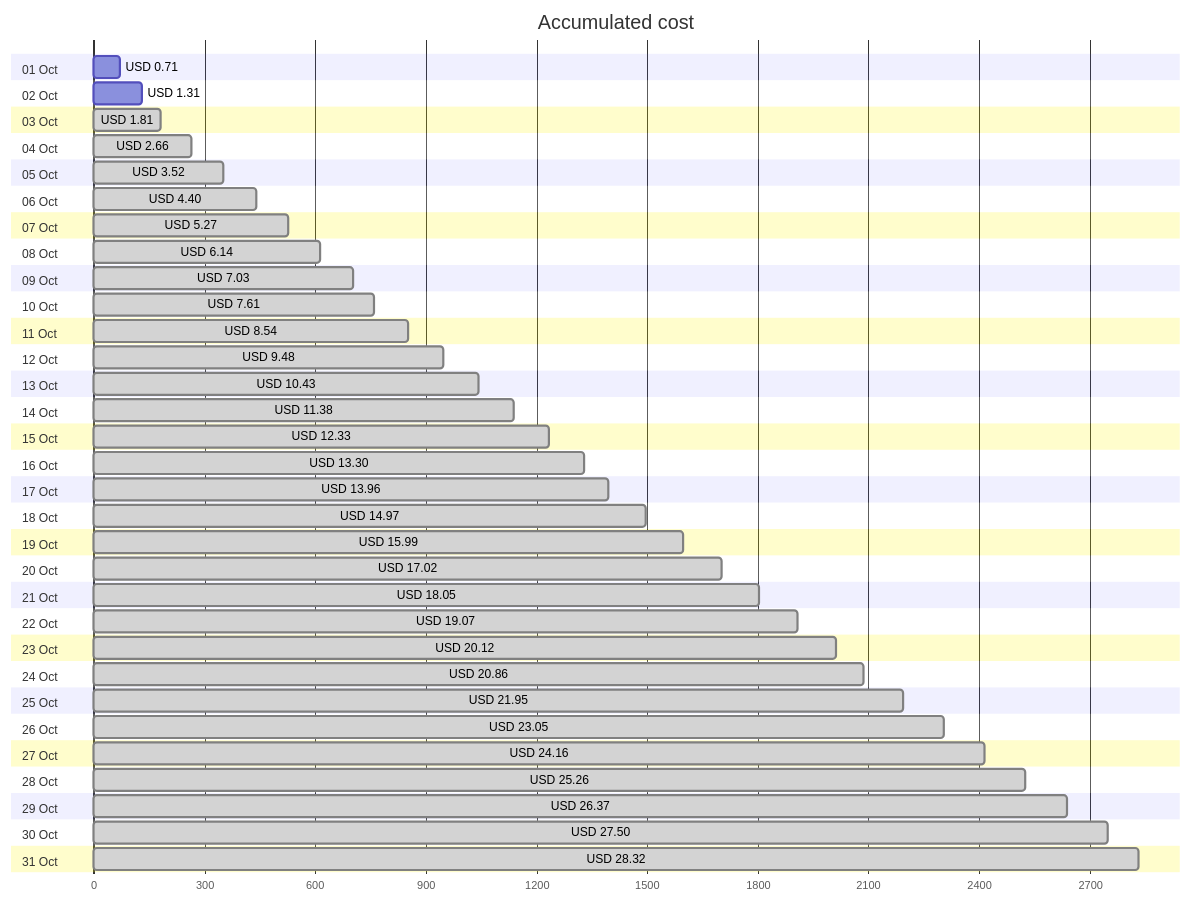
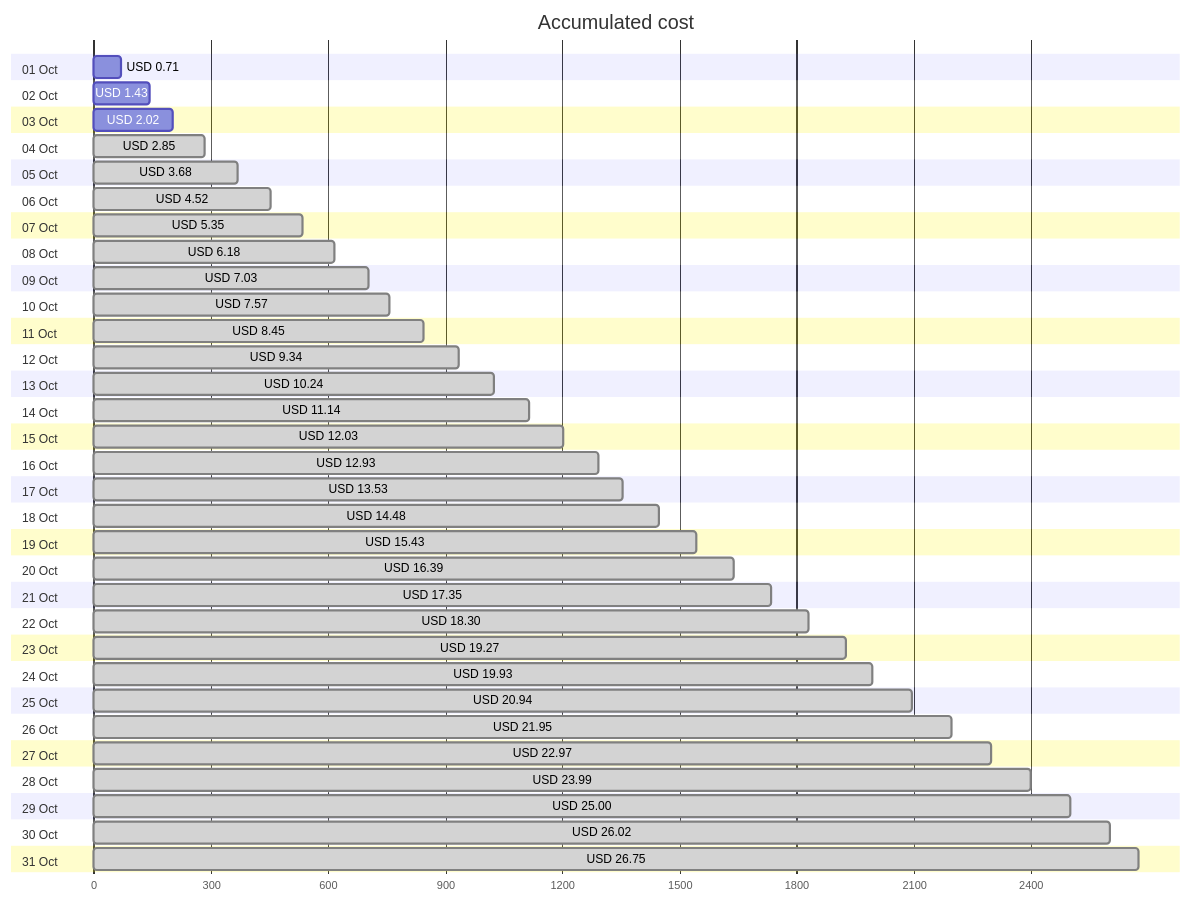
The first of 4 diagrams in cost-reports/personal-network/backup-server-data-disk.md (jpfulton/azure-personal-reports), drawn with Mermaid before and after one commit. The commit also changed other lines of this file and 8 other files, not shown here.

````diff
--- a/cost-reports/personal-network/backup-server-data-disk.md
+++ b/cost-reports/personal-network/backup-server-data-disk.md
@@ -20,68 +20,68 @@
 ```mermaid
 gantt
    title Accumulated cost
    dateFormat  X
    axisFormat %s
    section 01 Oct
    USD 0.71 :0, 71
    section 02 Oct
-   USD 1.31 :0, 131
+   USD 1.43 :0, 143
    section 03 Oct
-   USD 1.81 : done, 0, 181
+   USD 2.02 :0, 202
    section 04 Oct
-   USD 2.66 : done, 0, 266
+   USD 2.85 : done, 0, 285
    section 05 Oct
-   USD 3.52 : done, 0, 352
+   USD 3.68 : done, 0, 368
    section 06 Oct
-   USD 4.40 : done, 0, 440
+   USD 4.52 : done, 0, 452
    section 07 Oct
-   USD 5.27 : done, 0, 527
+   USD 5.35 : done, 0, 535
    section 08 Oct
-   USD 6.14 : done, 0, 614
+   USD 6.18 : done, 0, 618
    section 09 Oct
    USD 7.03 : done, 0, 703
    section 10 Oct
-   USD 7.61 : done, 0, 761
+   USD 7.57 : done, 0, 757
    section 11 Oct
-   USD 8.54 : done, 0, 854
+   USD 8.45 : done, 0, 845
    section 12 Oct
-   USD 9.48 : done, 0, 948
+   USD 9.34 : done, 0, 934
    section 13 Oct
-   USD 10.43 : done, 0, 1043
+   USD 10.24 : done, 0, 1024
    section 14 Oct
-   USD 11.38 : done, 0, 1138
+   USD 11.14 : done, 0, 1114
    section 15 Oct
-   USD 12.33 : done, 0, 1233
+   USD 12.03 : done, 0, 1203
    section 16 Oct
-   USD 13.30 : done, 0, 1330
+   USD 12.93 : done, 0, 1293
    section 17 Oct
-   USD 13.96 : done, 0, 1396
+   USD 13.53 : done, 0, 1353
    section 18 Oct
-   USD 14.97 : done, 0, 1497
+   USD 14.48 : done, 0, 1448
    section 19 Oct
-   USD 15.99 : done, 0, 1599
+   USD 15.43 : done, 0, 1543
    section 20 Oct
-   USD 17.02 : done, 0, 1702
+   USD 16.39 : done, 0, 1639
    section 21 Oct
-   USD 18.05 : done, 0, 1805
+   USD 17.35 : done, 0, 1735
    section 22 Oct
-   USD 19.07 : done, 0, 1907
+   USD 18.30 : done, 0, 1830
    section 23 Oct
-   USD 20.12 : done, 0, 2012
+   USD 19.27 : done, 0, 1927
    section 24 Oct
-   USD 20.86 : done, 0, 2086
+   USD 19.93 : done, 0, 1993
    section 25 Oct
+   USD 20.94 : done, 0, 2094
+   section 26 Oct
    USD 21.95 : done, 0, 2195
-   section 26 Oct
-   USD 23.05 : done, 0, 2305
    section 27 Oct
-   USD 24.16 : done, 0, 2416
+   USD 22.97 : done, 0, 2297
    section 28 Oct
-   USD 25.26 : done, 0, 2526
+   USD 23.99 : done, 0, 2399
    section 29 Oct
-   USD 26.37 : done, 0, 2637
+   USD 25.00 : done, 0, 2500
    section 30 Oct
-   USD 27.50 : done, 0, 2750
+   USD 26.02 : done, 0, 2602
    section 31 Oct
-   USD 28.32 : done, 0, 2832
+   USD 26.75 : done, 0, 2675
 ```
````
